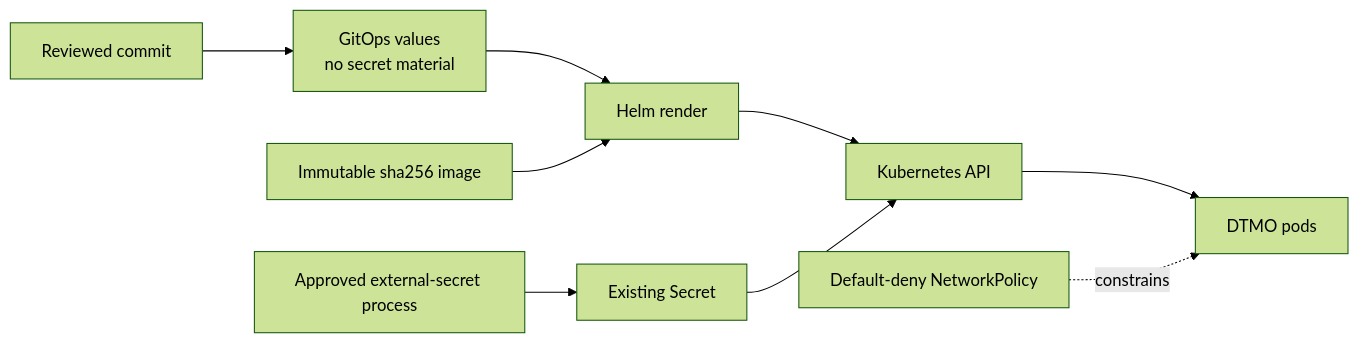
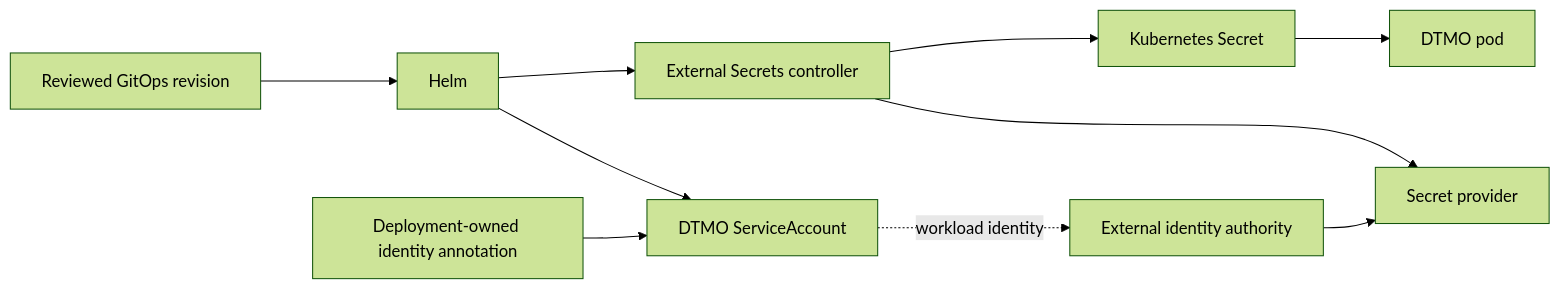
The second of 2 diagrams in docs/roadmap/PLATFORM_INDUSTRIALISATION_ROADMAP.md (GJvManen/dtmo), drawn with Mermaid (forest theme) before and after one commit. The commit also changed other lines of this file, not shown here.

Commit message:
Phase 11.8b: advance runtime hardening roadmap

````diff
--- a/docs/roadmap/PLATFORM_INDUSTRIALISATION_ROADMAP.md
+++ b/docs/roadmap/PLATFORM_INDUSTRIALISATION_ROADMAP.md
@@ -94,11 +97,12 @@
 ```mermaid
 flowchart LR
-    C[Reviewed commit] --> V[GitOps values\nno secret material]
-    V --> H[Helm render]
-    I[Immutable sha256 image] --> H
-    H --> K[Kubernetes API]
-    S[Approved external-secret process] --> X[Existing Secret]
-    X --> K
-    K --> P[DTMO pods]
-    N[Default-deny NetworkPolicy] -. constrains .-> P
+    G[Reviewed GitOps revision] --> H[Helm]
+    H --> SA[DTMO ServiceAccount]
+    A[Deployment-owned identity annotation] --> SA
+    SA -. workload identity .-> I[External identity authority]
+    I --> P[Secret provider]
+    E[External Secrets controller] --> P
+    H --> E
+    E --> S[Kubernetes Secret]
+    S --> D[DTMO pod]
 ```
````
